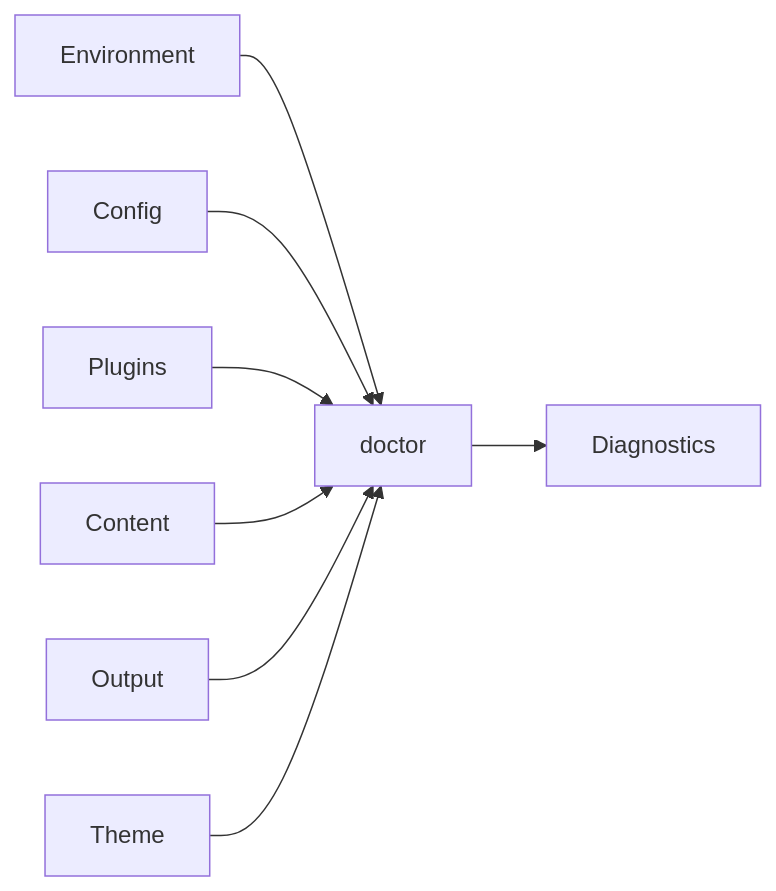
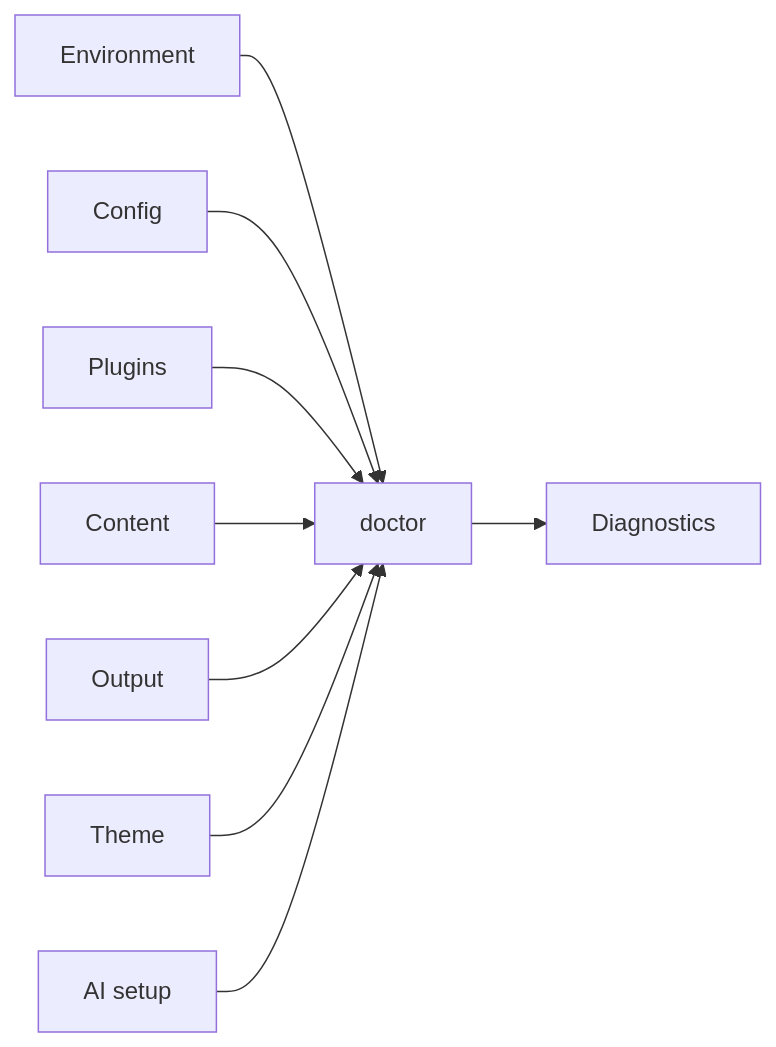
Before and after one commit to Rerurate514/riebeckite: the second of 2 diagrams in docs/docs/reference/cli/development.md, drawn with Mermaid. The commit also changed other lines of this file and 31 other files, not shown here.

````diff
--- a/docs/docs/reference/cli/development.md
+++ b/docs/docs/reference/cli/development.md
@@ -122,18 +122,20 @@
 ```mermaid
 flowchart LR
     Environment["Environment"]
     Config["Config"]
     Plugin["Plugins"]
     Content["Content"]
     Output["Output"]
     Theme["Theme"]
+    AI["AI setup"]
 
     Environment --> Doctor["doctor"]
     Config --> Doctor
     Plugin --> Doctor
     Content --> Doctor
     Output --> Doctor
     Theme --> Doctor
+    AI --> Doctor
 
     Doctor --> Diagnostics["Diagnostics"]
 ```
````
